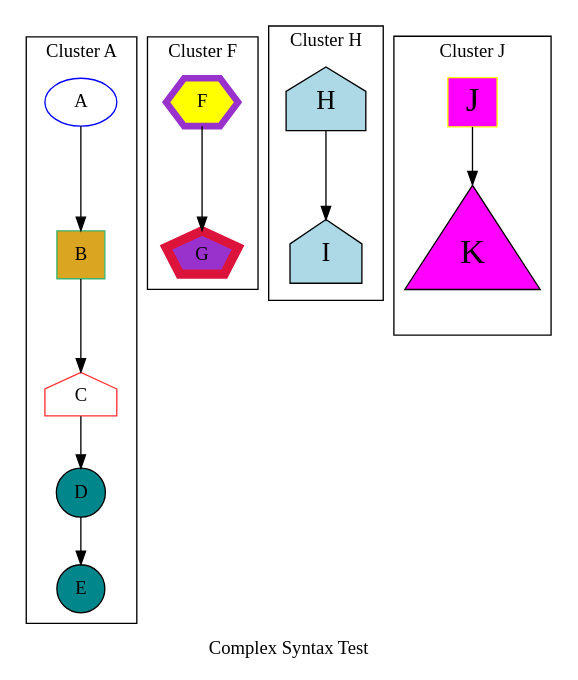
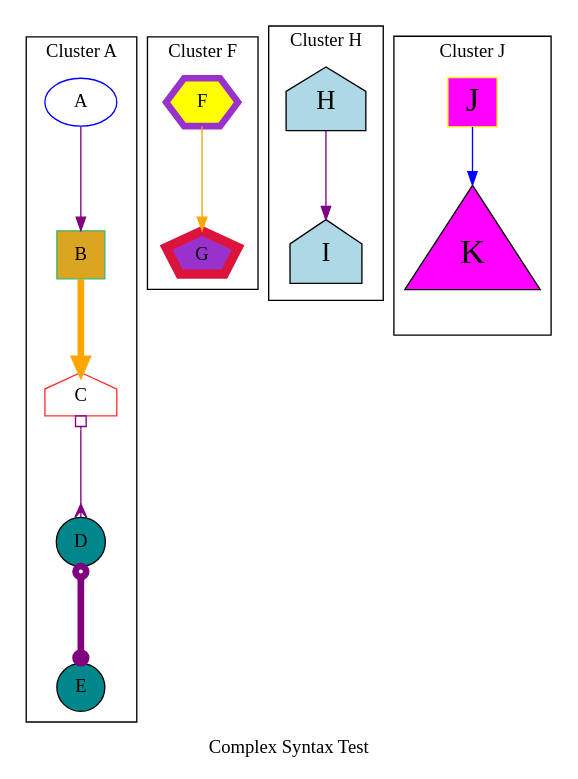
The diagram in data/06.clusters.out.gv (graphviz-perl/GraphViz2-Marpa-PathUtils), drawn with Graphviz before and after one commit. The commit also changed 17 other files, not shown here.

```diff
--- a/data/06.clusters.out.gv
+++ b/data/06.clusters.out.gv
@@ -1,49 +1,46 @@
 strict digraph graph_55
 {
 graph [ label="Complex Syntax Test" rankdir="TB" ]
 
 subgraph "cluster A"
 {
 graph [ label="Cluster A" rankdir="TB" ]
 
 "A" [ color="blue" ]
 "B" [ color="mediumseagreen" fillcolor="goldenrod" shape="square" style="filled" ]
-"A" -> "B" [ label="" ]
-"B" [ color="mediumseagreen" fillcolor="goldenrod" shape="square" style="filled" ]
+"A" -> "B" [ color="purple" label="" ]
 "C" [ color="firebrick1" shape="house" ]
-"B" -> "C" [ label="" ]
-"C" [ color="firebrick1" shape="house" ]
+"B" -> "C" [ color="orange" label="" penwidth="5" ]
 "D" [ fillcolor="turquoise4" shape="circle" style="filled" ]
-"C" -> "D" [ label="" ]
-"D" [ fillcolor="turquoise4" shape="circle" style="filled" ]
+"C" -> "D" [ arrowhead="crow" arrowtail="obox" color="purple" dir="both" label="" minlen="2" ]
 "E" [ fillcolor="turquoise4" shape="circle" style="filled" ]
-"D" -> "E" [ label="" ]
+"D" -> "E" [ arrowhead="dot" arrowtail="odot" color="purple" dir="both" label="" minlen="2" penwidth="5" ]
 }
 
 subgraph "cluster F"
 {
 graph [ label="Cluster F" rankdir="TB" ]
 
 "F" [ color="darkorchid" fillcolor="yellow" penwidth="5" shape="hexagon" style="filled" ]
 "G" [ color="crimson" fillcolor="darkorchid" penwidth="7" shape="pentagon" style="filled" ]
-"F" -> "G" [ label="" ]
+"F" -> "G" [ color="orange" label="" ]
 }
 
 subgraph "cluster H"
 {
 graph [ label="Cluster H" rankdir="TB" ]
 
 "H" [ fillcolor="lightblue" fontsize="20" shape="house" style="filled" ]
 "I" [ fillcolor="lightblue" fontsize="20" shape="house" style="filled" ]
-"H" -> "I" [ label="" ]
+"H" -> "I" [ color="purple" label="" ]
 }
 
 subgraph "cluster J"
 {
 graph [ label="Cluster J" rankdir="TB" ]
 
 "J" [ color="yellow" fillcolor="magenta" fontsize="26" shape="square" style="filled" ]
 "K" [ fillcolor="magenta" fontsize="26" shape="triangle" style="filled" ]
-"J" -> "K" [ label="" ]
+"J" -> "K" [ color="blue" label="" ]
 }
 }
```
